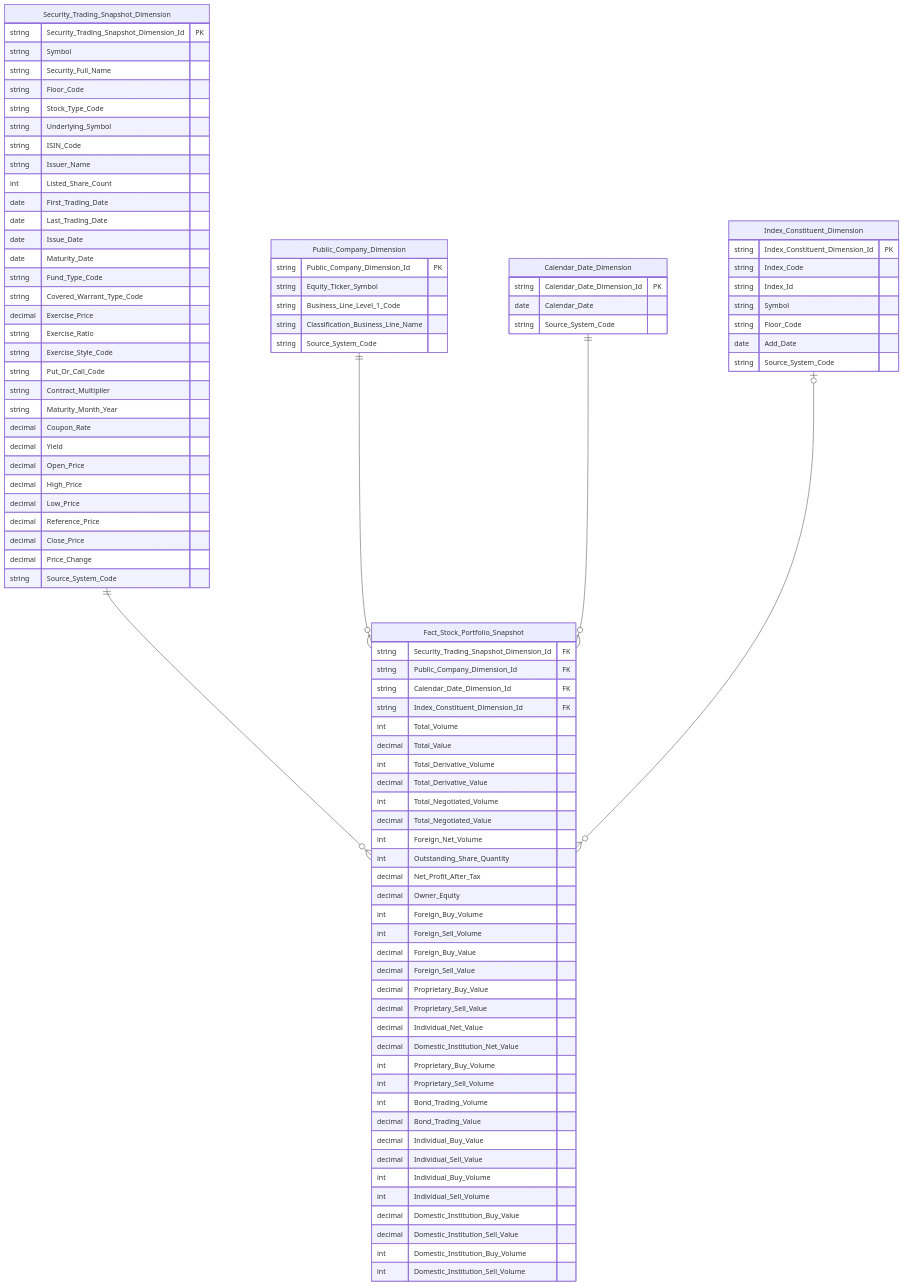
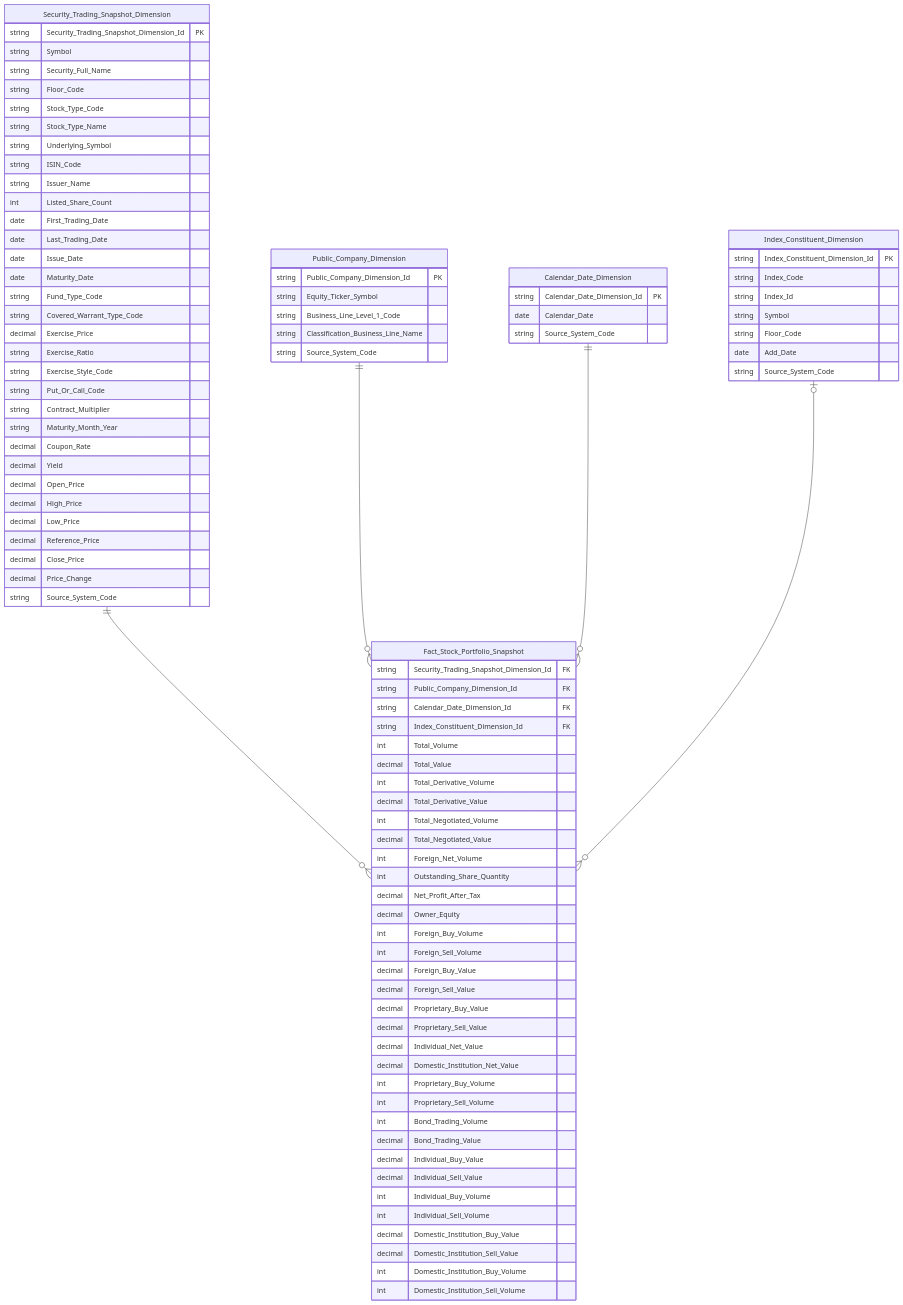
The fifth of 57 diagrams in Datamart/hld/DTM_GSTT_HLD.md (linhlvit/ubck_atomic_design), drawn with Mermaid before and after one commit. The commit also changed other lines of this file and 7 other files, not shown here.

Commit message:
Standardize GSTT stock type classification rule by exchange (Issue #60)

```diff
--- a/Datamart/hld/DTM_GSTT_HLD.md
+++ b/Datamart/hld/DTM_GSTT_HLD.md
@@ -184,6 +185,7 @@
         string Security_Full_Name
         string Floor_Code
         string Stock_Type_Code
+        string Stock_Type_Name
         string Underlying_Symbol
         string ISIN_Code
         string Issuer_Name
```
